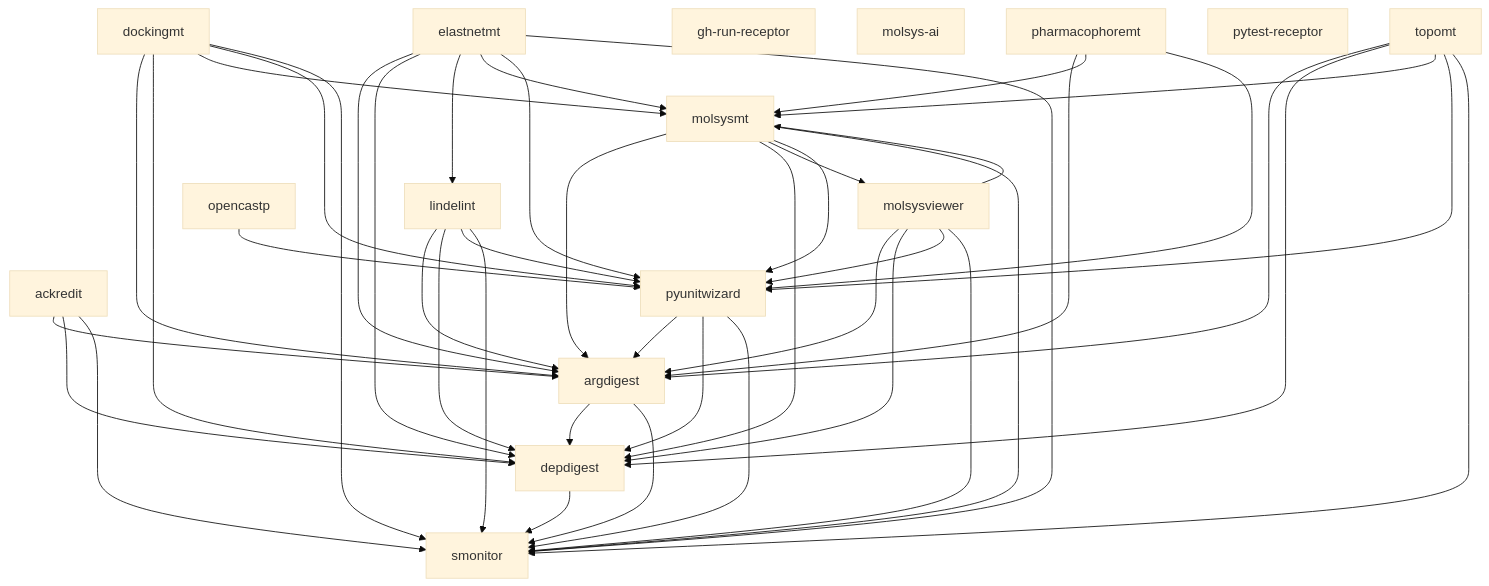
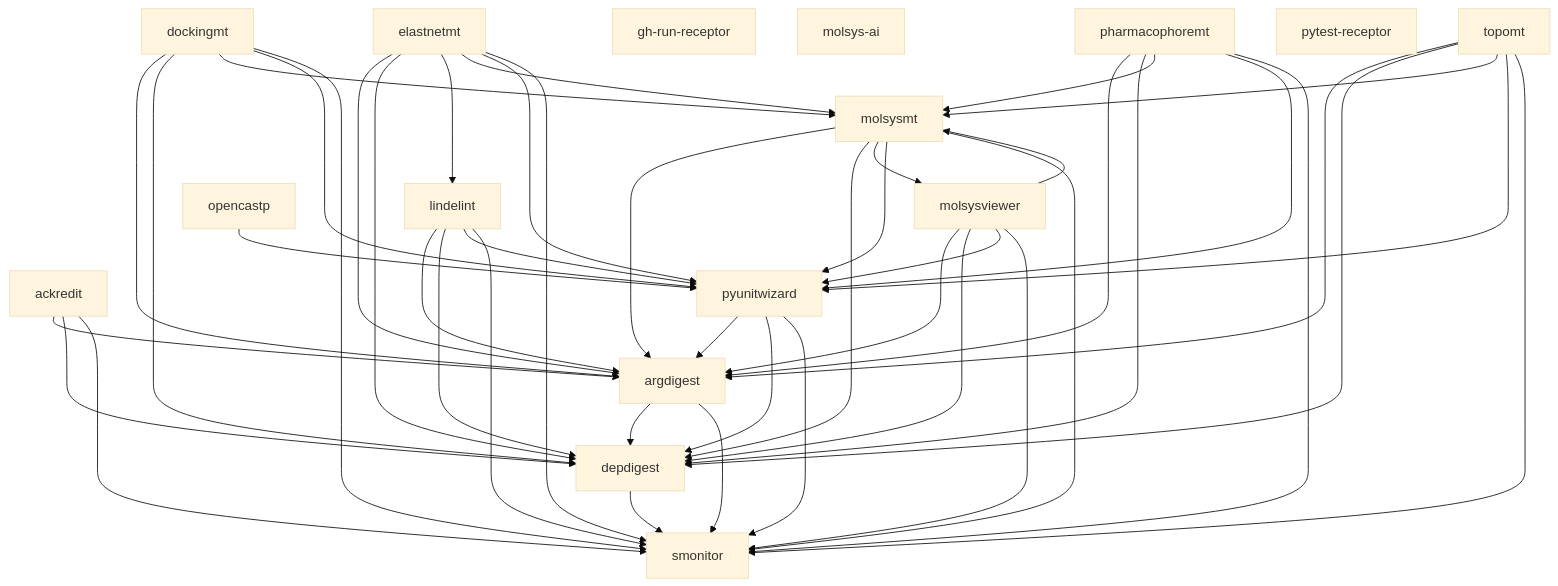
Before and after one commit to uibcdf/molsyssuite: the diagram in devguide/component_dependencies.md, drawn with Mermaid (base theme). The commit also changed other lines of this file and 6 other files, not shown here.

````diff
--- a/devguide/component_dependencies.md
+++ b/devguide/component_dependencies.md
@@ -11,62 +11,64 @@
 ```mermaid
 flowchart TD
   n0["ackredit"]
   n1["argdigest"]
   n2["depdigest"]
   n3["dockingmt"]
   n4["elastnetmt"]
   n5["gh-run-receptor"]
   n6["lindelint"]
   n7["molsys-ai"]
   n8["molsysmt"]
   n9["molsysviewer"]
   n10["opencastp"]
   n11["pharmacophoremt"]
   n12["pytest-receptor"]
   n13["pyunitwizard"]
   n14["smonitor"]
   n15["topomt"]
   n0 --> n1
   n0 --> n2
   n0 --> n14
   n1 --> n2
   n1 --> n14
   n2 --> n14
   n3 --> n1
   n3 --> n2
   n3 --> n8
   n3 --> n13
   n3 --> n14
   n4 --> n1
   n4 --> n2
   n4 --> n6
   n4 --> n8
   n4 --> n13
   n4 --> n14
   n6 --> n1
   n6 --> n2
   n6 --> n13
   n6 --> n14
   n8 --> n1
   n8 --> n2
   n8 --> n9
   n8 --> n13
   n8 --> n14
   n9 --> n1
   n9 --> n2
   n9 --> n8
   n9 --> n13
   n9 --> n14
   n10 --> n13
   n11 --> n1
+  n11 --> n2
   n11 --> n8
   n11 --> n13
+  n11 --> n14
   n13 --> n1
   n13 --> n2
   n13 --> n14
   n15 --> n1
   n15 --> n2
   n15 --> n8
   n15 --> n13
   n15 --> n14
 ```
````
